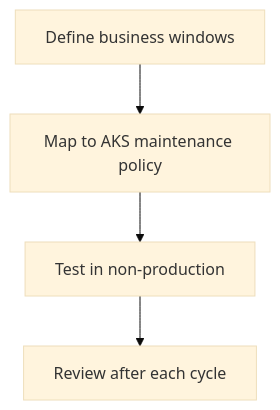
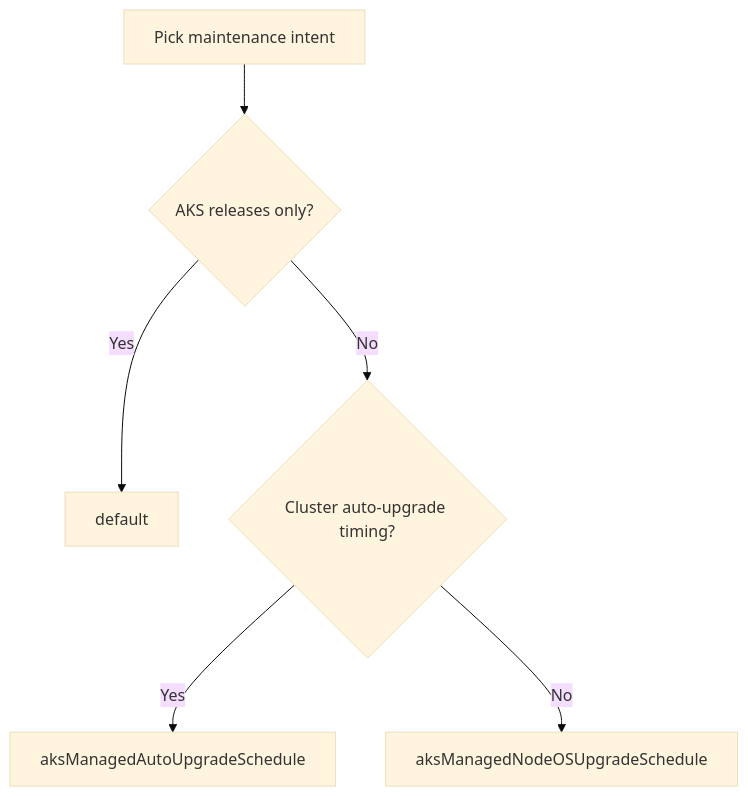
The diagram in docs/operations/maintenance-windows.md (yeongseon/azure-kubernetes-service-practical-guide), drawn with Mermaid (base theme) before and after one commit. The commit also changed other lines of this file and 14 other files, not shown here.

Commit message:
docs: add AKS version lifecycle, auto-upgrade, and maintenance operations content (#10) (#56)

````diff
--- a/docs/operations/maintenance-windows.md
+++ b/docs/operations/maintenance-windows.md
@@ -51,6 +50,8 @@
 ```mermaid
 flowchart TD
-    A[Define business windows] --> B[Map to AKS maintenance policy]
-    B --> C[Test in non-production]
-    C --> D[Review after each cycle]
+    A[Pick maintenance intent] --> B{AKS releases only?}
+    B -->|Yes| C[default]
+    B -->|No| D{Cluster auto-upgrade timing?}
+    D -->|Yes| E[aksManagedAutoUpgradeSchedule]
+    D -->|No| F[aksManagedNodeOSUpgradeSchedule]
 ```
````
